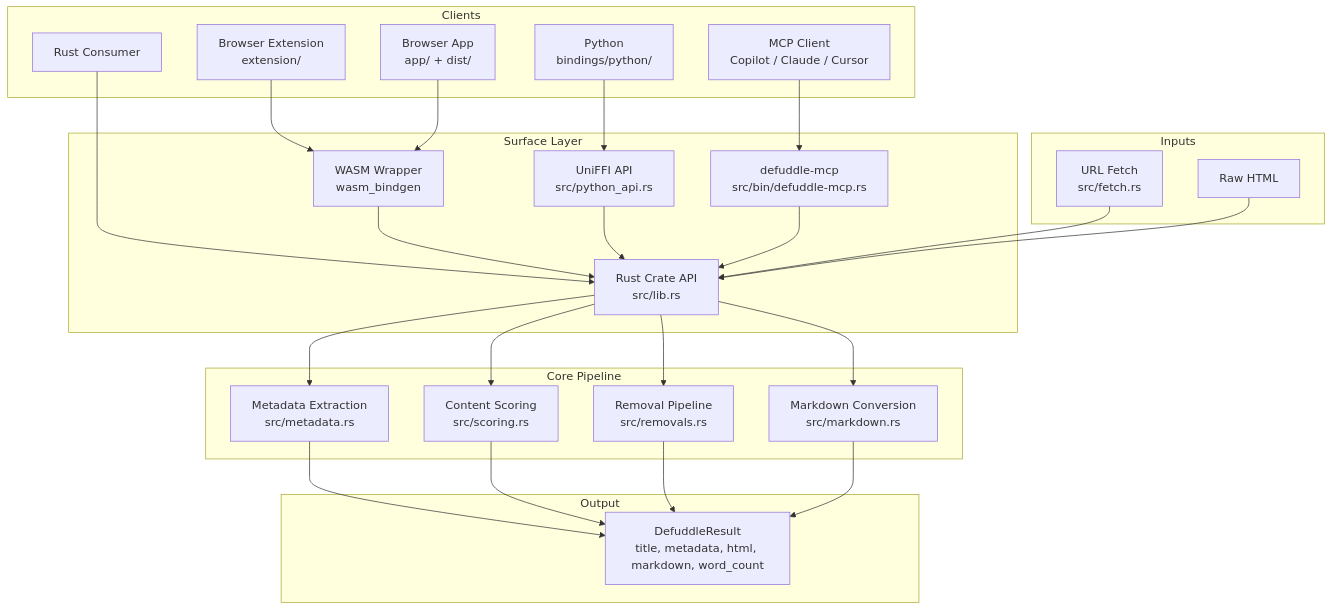
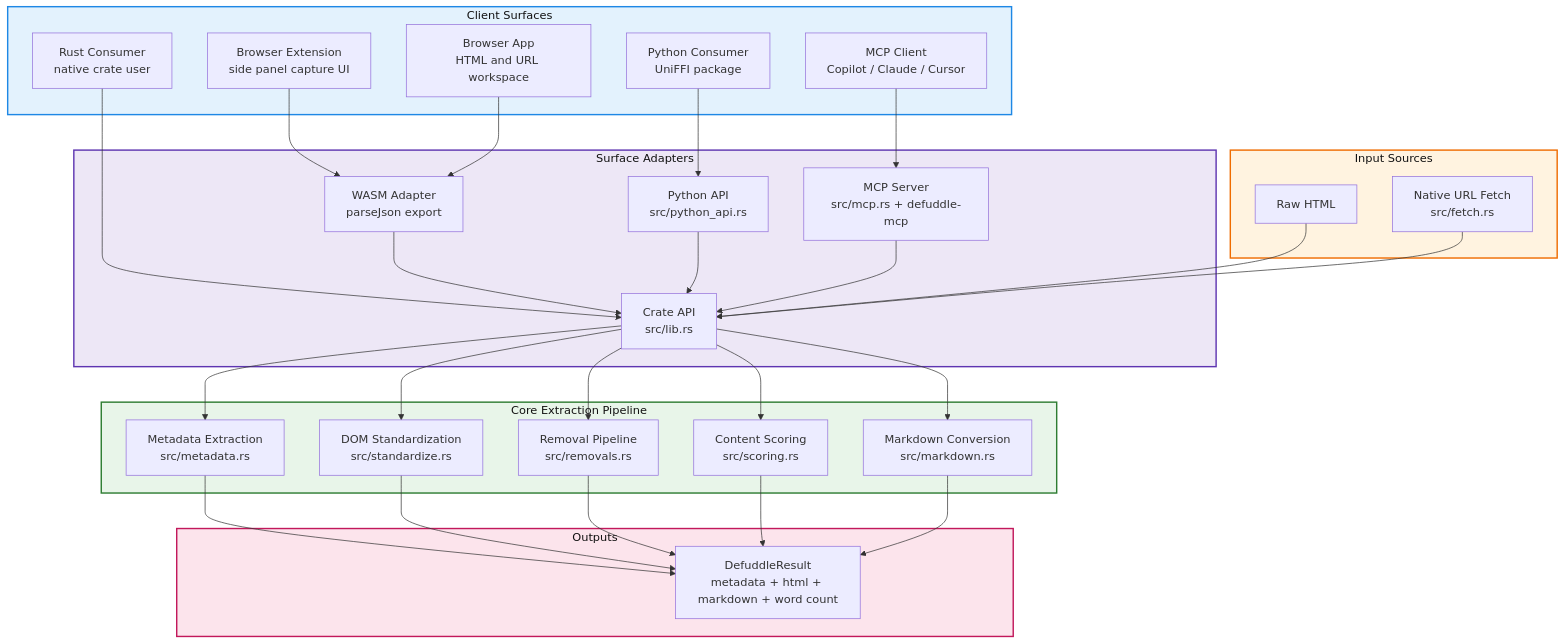
Before and after one commit to immutlex/defuddle-rs: the diagram in README.md, drawn with Mermaid. The commit also changed other lines of this file, not shown here.

````diff
--- a/README.md
+++ b/README.md
@@ -46,56 +48,65 @@
 ```mermaid
 flowchart TB
-    subgraph Clients
-        EXT["Browser Extension<br/>extension/"]
-        WEB["Browser App<br/>app/ + dist/"]
-        PY["Python<br/>bindings/python/"]
+    subgraph C1["Client Surfaces"]
+        EXT["Browser Extension<br/>side panel capture UI"]
+        WEB["Browser App<br/>HTML and URL workspace"]
+        PY["Python Consumer<br/>UniFFI package"]
         MCPCLIENT["MCP Client<br/>Copilot / Claude / Cursor"]
-        RUSTAPP["Rust Consumer"]
+        RUSTAPP["Rust Consumer<br/>native crate user"]
     end
 
-    subgraph Surface Layer
-        WASM["WASM Wrapper<br/>wasm_bindgen"]
-        PYAPI["UniFFI API<br/>src/python_api.rs"]
-        MCPSERVER["defuddle-mcp<br/>src/bin/defuddle-mcp.rs"]
-        CRATE["Rust Crate API<br/>src/lib.rs"]
+    subgraph C2["Surface Adapters"]
+        WASM["WASM Adapter<br/>parseJson export"]
+        PYAPI["Python API<br/>src/python_api.rs"]
+        MCPSERVER["MCP Server<br/>src/mcp.rs + defuddle-mcp"]
+        CRATE["Crate API<br/>src/lib.rs"]
     end
 
-    subgraph Core Pipeline
+    subgraph C3["Core Extraction Pipeline"]
         META["Metadata Extraction<br/>src/metadata.rs"]
+        STANDARDIZE["DOM Standardization<br/>src/standardize.rs"]
+        REMOVE["Removal Pipeline<br/>src/removals.rs"]
         SCORE["Content Scoring<br/>src/scoring.rs"]
-        REMOVE["Removal Pipeline<br/>src/removals.rs"]
         MD["Markdown Conversion<br/>src/markdown.rs"]
     end
 
-    subgraph Inputs
+    subgraph C4["Input Sources"]
         HTML["Raw HTML"]
-        URL["URL Fetch<br/>src/fetch.rs"]
+        FETCH["Native URL Fetch<br/>src/fetch.rs"]
     end
 
-    subgraph Output
-        RESULT["DefuddleResult<br/>title, metadata, html, markdown, word_count"]
+    subgraph C5["Outputs"]
+        RESULT["DefuddleResult<br/>metadata + html + markdown + word count"]
     end
 
     EXT --> WASM
     WEB --> WASM
     PY --> PYAPI
     MCPCLIENT --> MCPSERVER
     RUSTAPP --> CRATE
 
     WASM --> CRATE
     PYAPI --> CRATE
     MCPSERVER --> CRATE
 
-    URL --> CRATE
     HTML --> CRATE
+    FETCH --> CRATE
 
     CRATE --> META
+    CRATE --> STANDARDIZE
+    CRATE --> REMOVE
     CRATE --> SCORE
-    CRATE --> REMOVE
     CRATE --> MD
 
     META --> RESULT
+    STANDARDIZE --> RESULT
+    REMOVE --> RESULT
     SCORE --> RESULT
-    REMOVE --> RESULT
     MD --> RESULT
+
+    style C1 fill:#e3f2fd,stroke:#1e88e5,stroke-width:2px,color:#111
+    style C2 fill:#ede7f6,stroke:#5e35b1,stroke-width:2px,color:#111
+    style C3 fill:#e8f5e9,stroke:#2e7d32,stroke-width:2px,color:#111
+    style C4 fill:#fff3e0,stroke:#ef6c00,stroke-width:2px,color:#111
+    style C5 fill:#fce4ec,stroke:#c2185b,stroke-width:2px,color:#111
 ```
````
